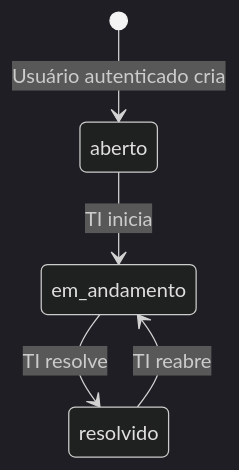
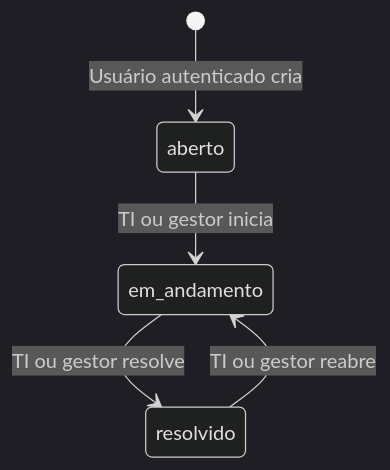
The diagram in docs/03-fluxos-e-api.md (FIDEL7Z/it-helpdesk), drawn with Mermaid (dark theme) before and after one commit. The commit also changed other lines of this file and 6 other files, not shown here.

````diff
--- a/docs/03-fluxos-e-api.md
+++ b/docs/03-fluxos-e-api.md
@@ -15,7 +15,7 @@
 ```mermaid
 stateDiagram-v2
   [*] --> aberto: Usuário autenticado cria
-  aberto --> em_andamento: TI inicia
-  em_andamento --> resolvido: TI resolve
-  resolvido --> em_andamento: TI reabre
+  aberto --> em_andamento: TI ou gestor inicia
+  em_andamento --> resolvido: TI ou gestor resolve
+  resolvido --> em_andamento: TI ou gestor reabre
 ```
````
